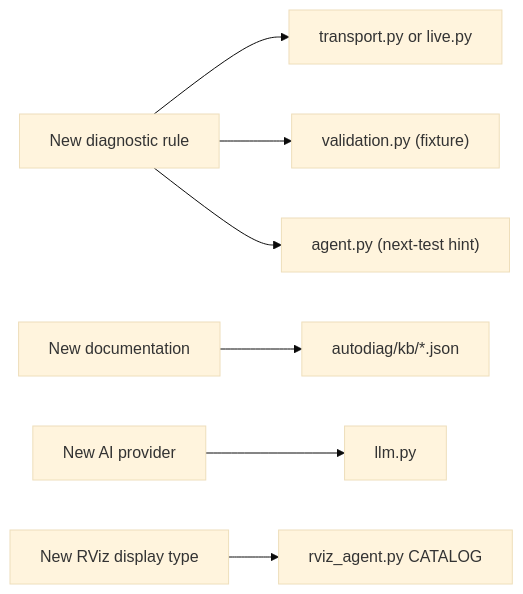
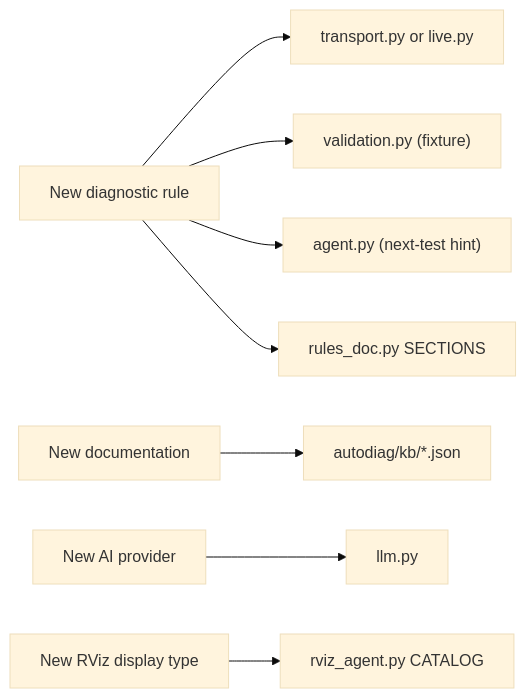
The diagram in docs/architecture/extending.md (Animesh2507/dds-autodiag), drawn with Mermaid (base theme) before and after one commit. The commit also changed other lines of this file and 35 other files, not shown here.

````diff
--- a/docs/architecture/extending.md
+++ b/docs/architecture/extending.md
@@ -5,9 +5,10 @@
 ```mermaid
 flowchart LR
     rule["New diagnostic rule"] --> t["transport.py or live.py"]
     rule --> v["validation.py (fixture)"]
     rule --> a["agent.py (next-test hint)"]
+    rule --> rd["rules_doc.py SECTIONS"]
     kb["New documentation"] --> j["autodiag/kb/*.json"]
     prov["New AI provider"] --> l["llm.py"]
     disp["New RViz display type"] --> c["rviz_agent.py CATALOG"]
 ```
````
